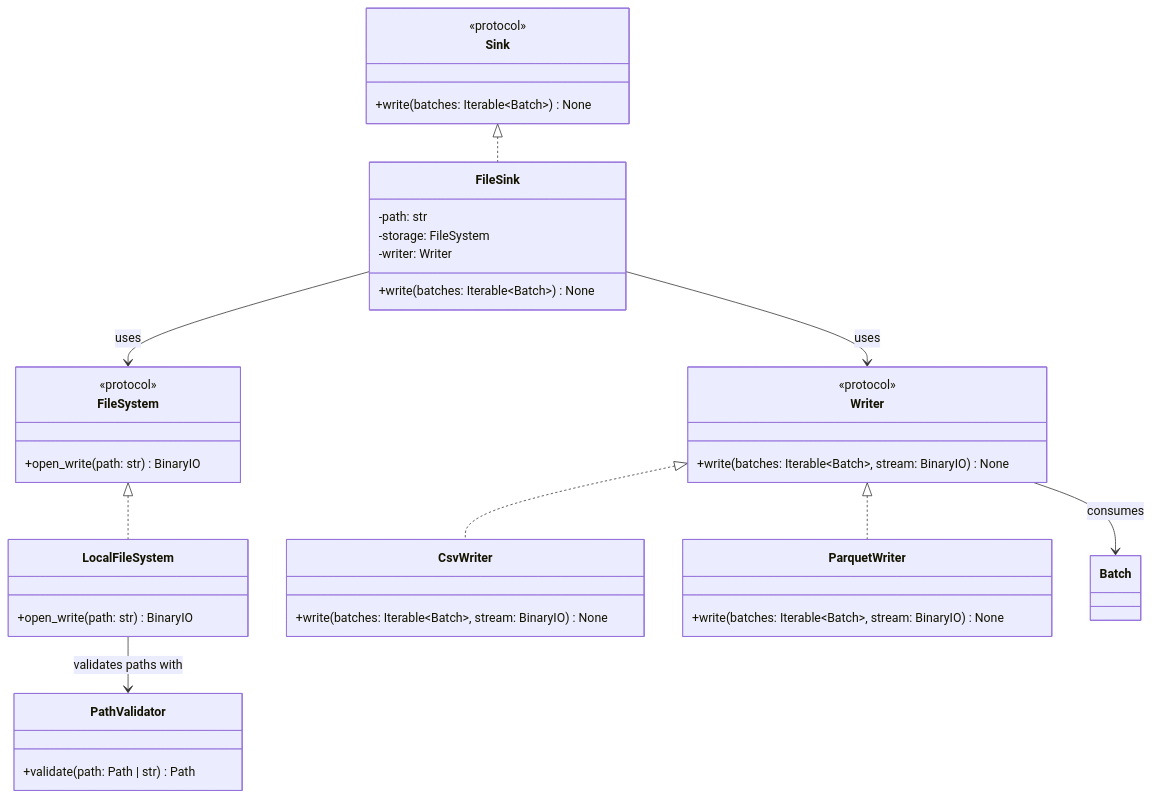
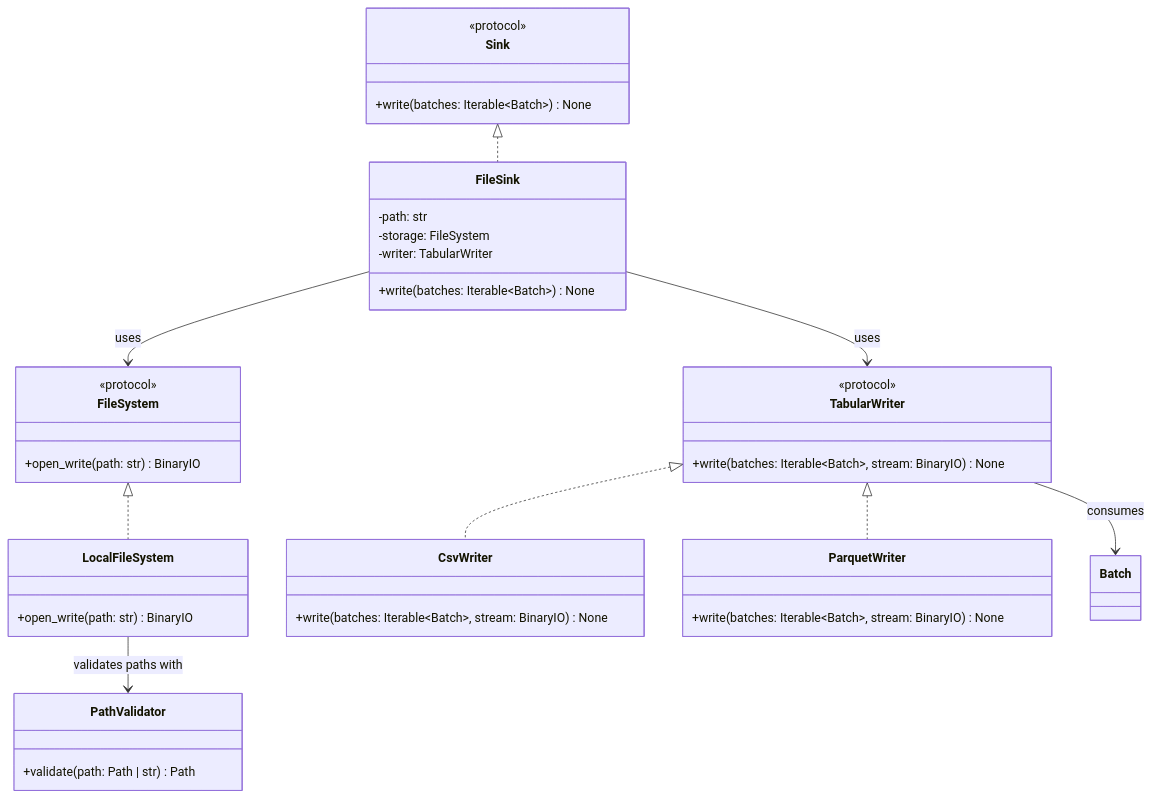
One commit to apaquette/ETLRelay changed the diagram in docs/architecture/file_sink.md. Above: the diagram before and after it, drawn with Mermaid. The commit also changed other lines of this file and 20 other files, not shown here.

````diff
--- a/docs/architecture/file_sink.md
+++ b/docs/architecture/file_sink.md
@@ -16,54 +16,54 @@
 ```mermaid
 classDiagram
     class Sink {
         <<protocol>>
         +write(batches: Iterable~Batch~) None
     }
 
     class FileSink {
         -path: str
         -storage: FileSystem
-        -writer: Writer
+        -writer: TabularWriter
         +write(batches: Iterable~Batch~) None
     }
 
     class FileSystem {
         <<protocol>>
         +open_write(path: str) BinaryIO
     }
 
-    class Writer {
+    class TabularWriter {
         <<protocol>>
         +write(batches: Iterable~Batch~, stream: BinaryIO) None
     }
 
     class LocalFileSystem {
         +open_write(path: str) BinaryIO
     }
 
     class CsvWriter {
         +write(batches: Iterable~Batch~, stream: BinaryIO) None
     }
 
     class ParquetWriter {
         +write(batches: Iterable~Batch~, stream: BinaryIO) None
     }
 
     class PathValidator {
         +validate(path: Path | str) Path
     }
 
     class Batch
 
     Sink <|.. FileSink
     FileSystem <|.. LocalFileSystem
-    Writer <|.. CsvWriter
-    Writer <|.. ParquetWriter
+    TabularWriter <|.. CsvWriter
+    TabularWriter <|.. ParquetWriter
 
     FileSink --> FileSystem : uses
-    FileSink --> Writer : uses
+    FileSink --> TabularWriter : uses
 
     LocalFileSystem --> PathValidator : validates paths with
 
-    Writer --> Batch : consumes
+    TabularWriter --> Batch : consumes
 ```
````
